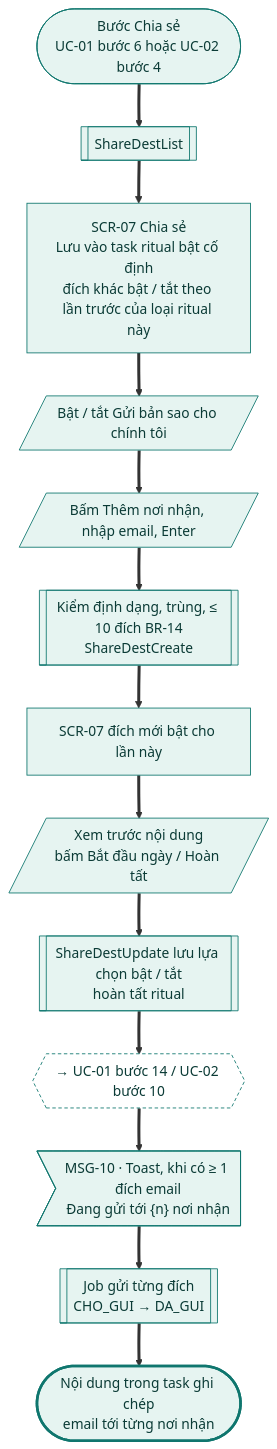
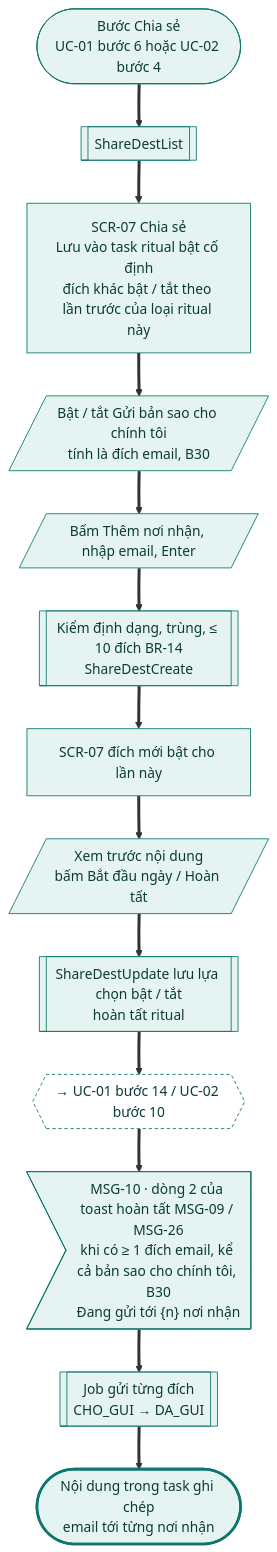
Diagram 12 of 18 in docs/design-brief/flow/g08-daily-rituals.md (tannguyenho/personal-app), drawn with Mermaid before and after one commit. The commit also changed other lines of this file and 5 other files, not shown here.

First line of the commit message:
docs(G08, G12): áp quyết định PO 09/11 vào SRS, PRD, flow

````diff
--- a/docs/design-brief/flow/g08-daily-rituals.md
+++ b/docs/design-brief/flow/g08-daily-rituals.md
@@ -555,31 +567,31 @@
 ```mermaid
 flowchart TD
   start(["Bước Chia sẻ<br/>UC-01 bước 6 hoặc UC-02 bước 4"])
   p1[["ShareDestList"]]
   s1["SCR-07 Chia sẻ<br/>Lưu vào task ritual bật cố định<br/>đích khác bật / tắt theo lần trước của loại ritual này"]
-  u1[/"Bật / tắt Gửi bản sao cho chính tôi"/]
+  u1[/"Bật / tắt Gửi bản sao cho chính tôi<br/>tính là đích email, B30"/]
   u2[/"Bấm Thêm nơi nhận, nhập email, Enter"/]
   p2[["Kiểm định dạng, trùng, ≤ 10 đích BR-14<br/>ShareDestCreate"]]
   s2["SCR-07 đích mới bật cho lần này"]
   u3[/"Xem trước nội dung<br/>bấm Bắt đầu ngày / Hoàn tất"/]
   p3[["ShareDestUpdate lưu lựa chọn bật / tắt<br/>hoàn tất ritual"]]
   x3{{"→ UC-01 bước 14 / UC-02 bước 10"}}
-  m3>"MSG-10 · Toast, khi có ≥ 1 đích email<br/>Đang gửi tới {n} nơi nhận"]
+  m3>"MSG-10 · dòng 2 của toast hoàn tất MSG-09 / MSG-26<br/>khi có ≥ 1 đích email, kể cả bản sao cho chính tôi, B30<br/>Đang gửi tới {n} nơi nhận"]
   p4[["Job gửi từng đích<br/>CHO_GUI → DA_GUI"]]
   ok(["Nội dung trong task ghi chép<br/>email tới từng nơi nhận"])
 
   start ==> p1 ==> s1 ==> u1 ==> u2 ==> p2 ==> s2 ==> u3 ==> p3 ==> x3 ==> m3 ==> p4 ==> ok
 
   class start,p1,s1,u1,u2,p2,s2,u3,p3,m3,p4 happy
   class x3 link
   class ok done
   classDef happy fill:#E6F4F1,stroke:#0F766E,color:#0B3B36
   classDef alt fill:#F1F3F5,stroke:#6B7280,color:#1F2937
   classDef err fill:#FDECEC,stroke:#B42318,color:#5C1010
   classDef warn fill:#FEF4E2,stroke:#B45309,color:#4A2604
   classDef ai fill:#F1ECFD,stroke:#6D28D9,color:#2E1065
   classDef sync fill:#FFFFFF,stroke:#6B7280,stroke-dasharray:4 3,color:#1F2937
   classDef link fill:#FFFFFF,stroke:#0F766E,stroke-dasharray:4 3,color:#0B3B36
   classDef done fill:#E6F4F1,stroke:#0F766E,stroke-width:3px,color:#0B3B36
   classDef fail fill:#FDECEC,stroke:#B42318,stroke-width:3px,color:#5C1010
 ```
````
